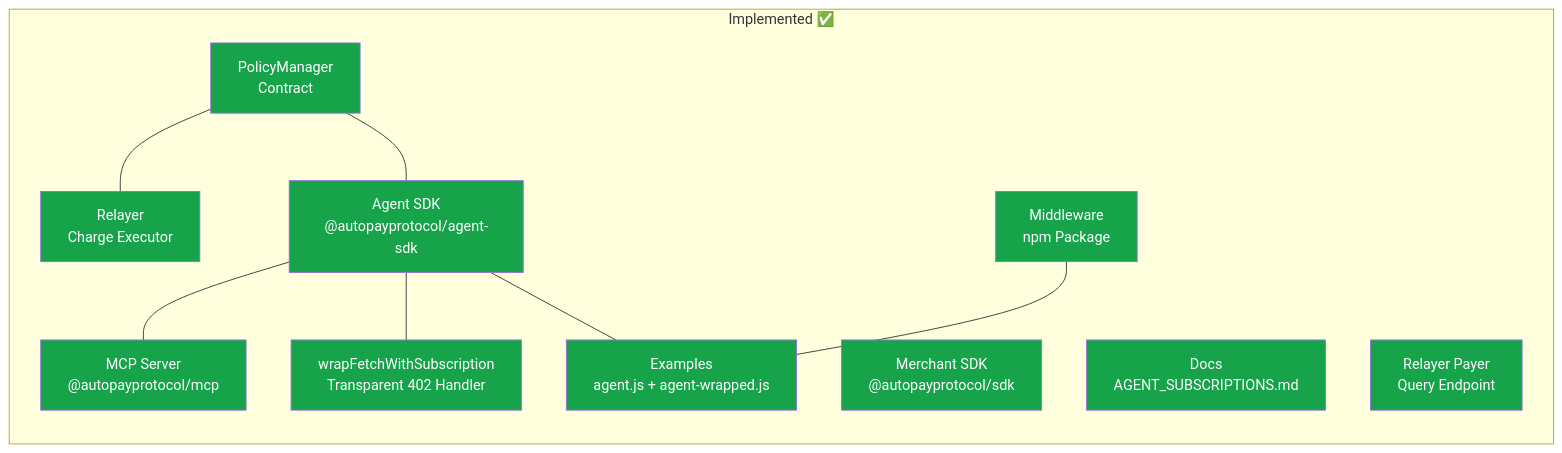
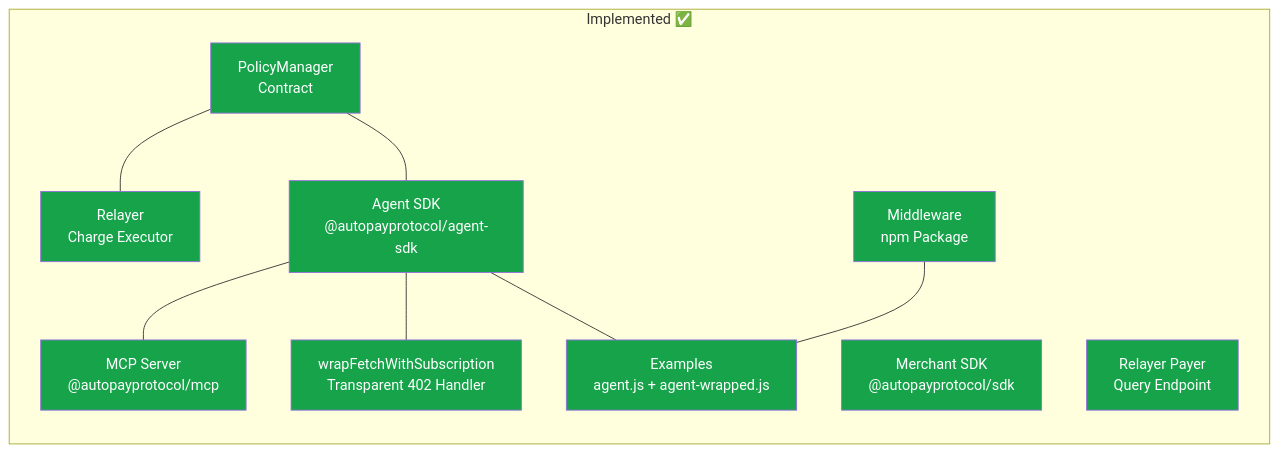
One commit to apeoverflow/Auto-Pay-Protocol changed the fourth of 12 diagrams in documentation/AGENT_ARCHITECTURE.md. Above: the diagram before and after it, drawn with Mermaid. The commit also changed other lines of this file and 4 other files, not shown here.

````diff
--- a/documentation/AGENT_ARCHITECTURE.md
+++ b/documentation/AGENT_ARCHITECTURE.md
@@ -87,33 +87,31 @@
 ```mermaid
 graph LR
     subgraph "Implemented ✅"
         C[PolicyManager<br/>Contract]
         RE[Relayer<br/>Charge Executor]
         MS[Merchant SDK<br/>@autopayprotocol/sdk]
         AS[Agent SDK<br/>@autopayprotocol/agent-sdk]
         MCP[MCP Server<br/>@autopayprotocol/mcp]
         WF[wrapFetchWithSubscription<br/>Transparent 402 Handler]
         EX[Examples<br/>agent.js + agent-wrapped.js]
-        DOC[Docs<br/>AGENT_SUBSCRIPTIONS.md]
         PE[Relayer Payer<br/>Query Endpoint]
         MW[Middleware<br/>npm Package]
     end
 
     C --- RE
     C --- AS
     AS --- MCP
     AS --- WF
     AS --- EX
     MW --- EX
 
     style C fill:#16A34A,color:#fff
     style RE fill:#16A34A,color:#fff
     style MS fill:#16A34A,color:#fff
     style AS fill:#16A34A,color:#fff
     style MCP fill:#16A34A,color:#fff
     style WF fill:#16A34A,color:#fff
     style EX fill:#16A34A,color:#fff
-    style DOC fill:#16A34A,color:#fff
     style PE fill:#16A34A,color:#fff
     style MW fill:#16A34A,color:#fff
 ```
````
